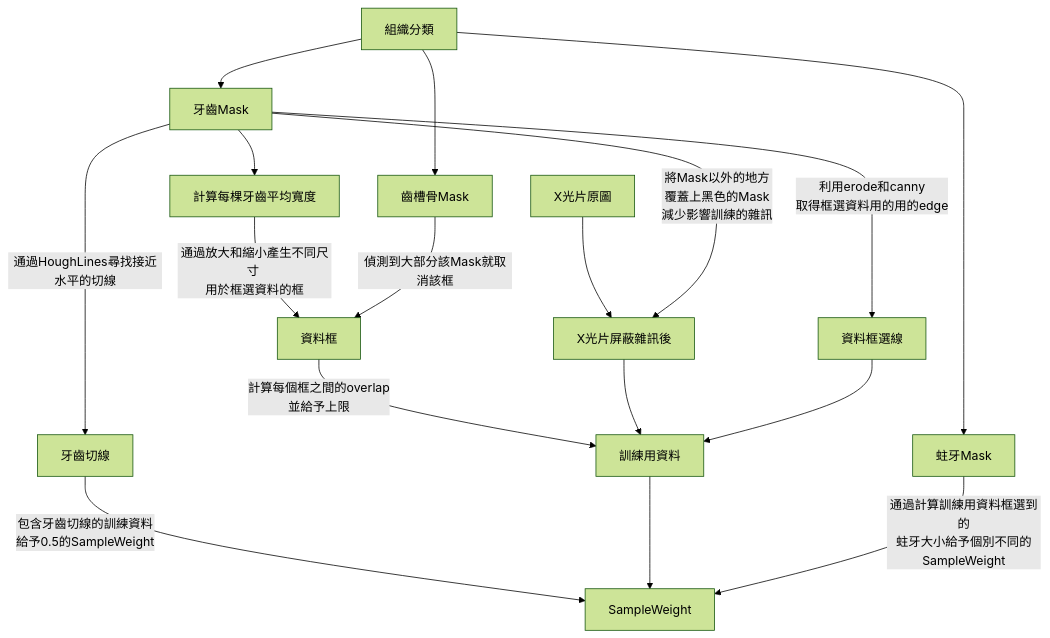
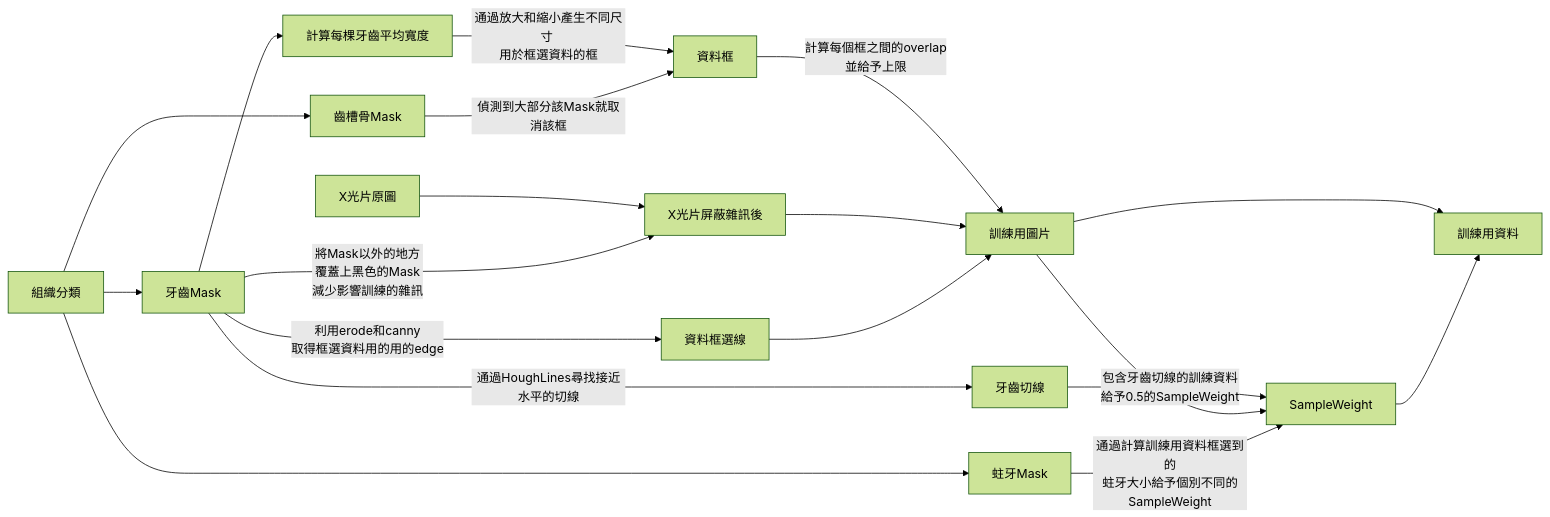
Before and after one commit to JasonYeongg/CariesDetection: the diagram in Edge Frame Detection/README.md, drawn with Mermaid (forest theme).

````diff
--- a/Edge Frame Detection/README.md
+++ b/Edge Frame Detection/README.md
@@ -63,19 +63,21 @@
 ```mermaid
-flowchart TD
+flowchart LR
 A[X光片原圖] --> F[X光片屏蔽雜訊後]
 B[組織分類] --> C[牙齒Mask]
 B --> D[蛀牙Mask]
 B --> E[齒槽骨Mask]
 C --> G[計算每棵牙齒平均寬度]
 C -->|將Mask以外的地方 \n覆蓋上黑色的Mask \n減少影響訓練的雜訊| F
 C -->|利用erode和canny \n取得框選資料用的用的edge| H[資料框選線]
 G -->|通過放大和縮小產生不同尺寸 \n用於框選資料的框| I[資料框]
 E -->|偵測到大部分該Mask就取消該框| I
-I -->|計算每個框之間的overlap\n並給予上限| J[訓練用資料]
+I -->|計算每個框之間的overlap\n並給予上限| J[訓練用圖片]
 F --> J
 H --> J
 C -->|通過HoughLines尋找接近水平的切線| K[牙齒切線]
 K -->|包含牙齒切線的訓練資料\n給予0.5的SampleWeight| L[SampleWeight]
 J --> L
 D -->|通過計算訓練用資料框選到的\n蛀牙大小給予個別不同的SampleWeight| L
+J --> M[訓練用資料]
+L --> M
 ```
````
